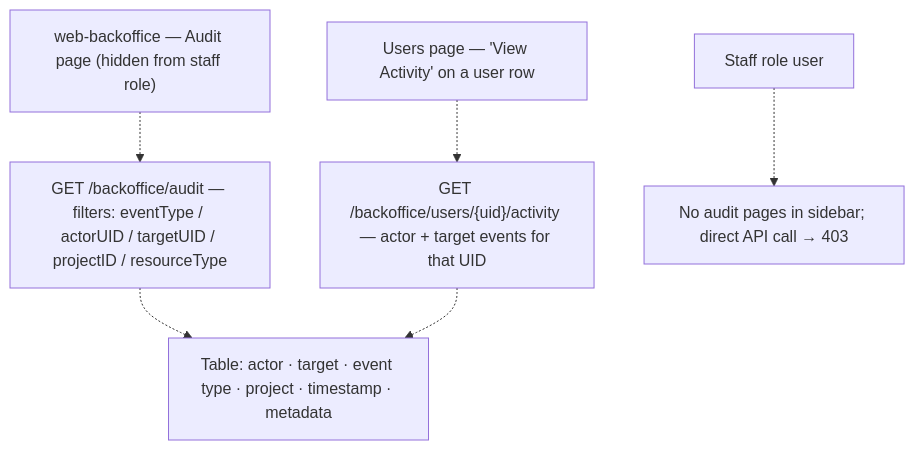
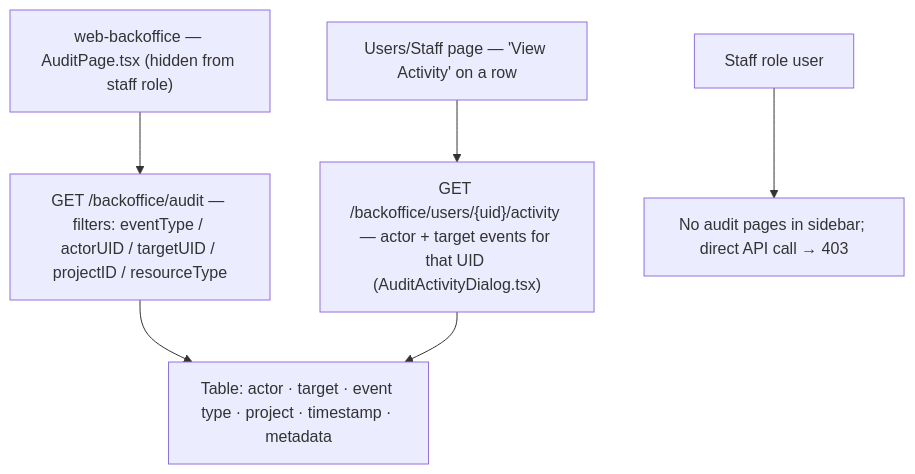
One commit to sathittham/factory-sync-solutions changed the third of 3 diagrams in docs/product/audit/user-journeys.md. Above: the diagram before and after it, drawn with Mermaid. The commit also changed other lines of this file and 15 other files, not shown here.

````diff
--- a/docs/product/audit/user-journeys.md
+++ b/docs/product/audit/user-journeys.md
@@ -64,8 +65,8 @@
 ```mermaid
 flowchart TD
-    A["web-backoffice — Audit page (hidden from staff role)"] -.-> B["GET /backoffice/audit — filters: eventType / actorUID / targetUID / projectID / resourceType"]
-    C["Users page — 'View Activity' on a user row"] -.-> D["GET /backoffice/users/{uid}/activity — actor + target events for that UID"]
-    B -.-> E["Table: actor · target · event type · project · timestamp · metadata"]
-    D -.-> E
-    F["Staff role user"] -.-> G["No audit pages in sidebar; direct API call → 403"]
+    A["web-backoffice — AuditPage.tsx (hidden from staff role)"] --> B["GET /backoffice/audit — filters: eventType / actorUID / targetUID / projectID / resourceType"]
+    C["Users/Staff page — 'View Activity' on a row"] --> D["GET /backoffice/users/{uid}/activity — actor + target events for that UID (AuditActivityDialog.tsx)"]
+    B --> E["Table: actor · target · event type · project · timestamp · metadata"]
+    D --> E
+    F["Staff role user"] --> G["No audit pages in sidebar; direct API call → 403"]
 ```
````
